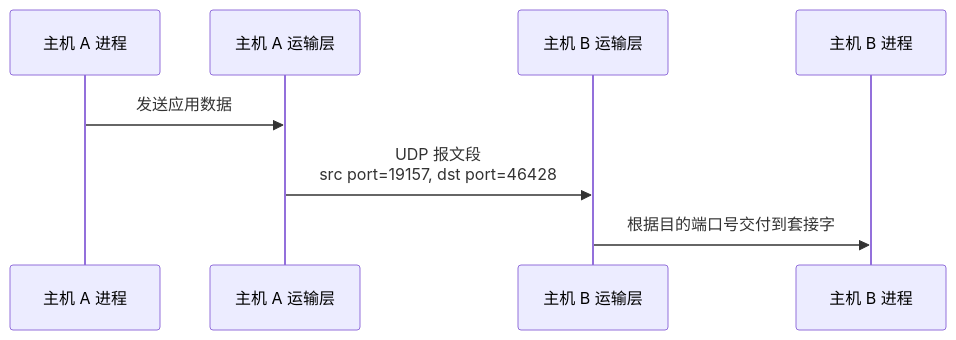
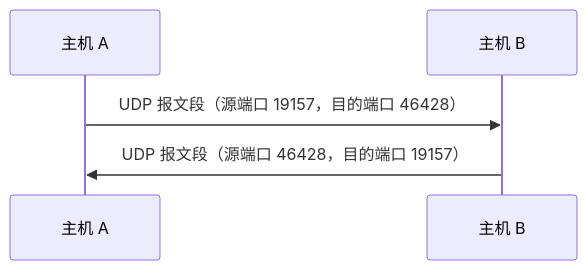
The fourth of 28 diagrams in src/content/posts/运输层.md (Meer-Matze/Meer-Matze.github.io), drawn with Mermaid before and after one commit. The commit also changed other lines of this file and 1 other file, not shown here.

````diff
--- a/src/content/posts/运输层.md
+++ b/src/content/posts/运输层.md
@@ -203,11 +180,7 @@
 ```mermaid
 sequenceDiagram
-    participant A as 主机 A 进程
-    participant TA as 主机 A 运输层
-    participant TB as 主机 B 运输层
-    participant B as 主机 B 进程
-
-    A->>TA: 发送应用数据
-    TA->>TB: UDP 报文段<br/>src port=19157, dst port=46428
-    TB->>B: 根据目的端口号交付到套接字
+    participant A as 主机 A
+    participant B as 主机 B
+    A->>B: UDP 报文段（源端口 19157，目的端口 46428）
+    B->>A: UDP 报文段（源端口 46428，目的端口 19157）
 ```
````
